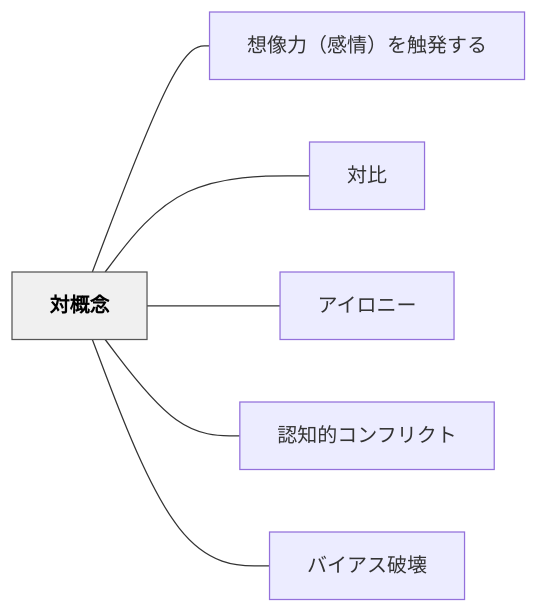
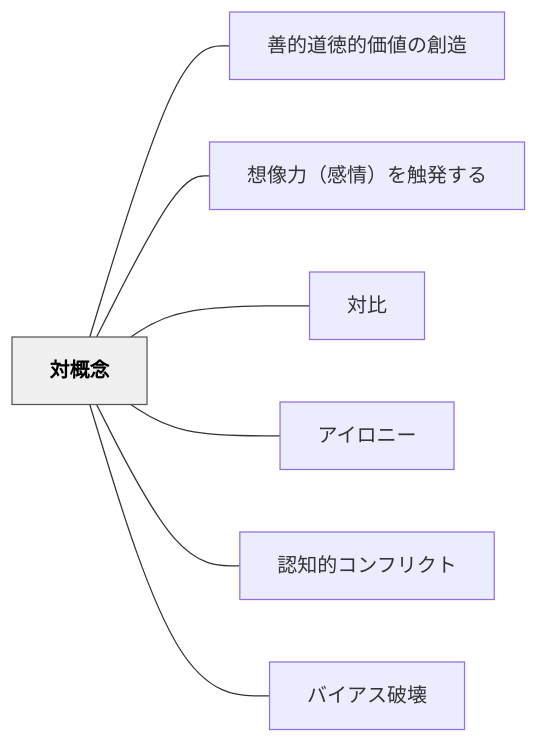
One commit to unknownthings-ed-patterns/unknownthings-ed-patterns changed the diagram in content/パタン/対概念.md. Above: the diagram before and after it, drawn with Mermaid. The commit also changed other lines of this file and 473 other files, not shown here.

````diff
--- a/content/パタン/対概念.md
+++ b/content/パタン/対概念.md
@@ -48,18 +49,20 @@
 ```mermaid
 flowchart LR
     ne5afbee6a682["対概念"]
+    ne59684e79a84["善的道徳的価値の創造"]
     ne683b3e5838f["想像力（感情）を触発する"]
     ne5afbee6af94["対比"]
     ne382a2e382a4["アイロニー"]
     ne8aa8de79fa5["認知的コンフリクト"]
     ne38390e382a4["バイアス破壊"]
 
+    ne5afbee6a682 --- ne59684e79a84
     ne5afbee6a682 --- ne683b3e5838f
     ne5afbee6a682 --- ne5afbee6af94
     ne5afbee6a682 --- ne382a2e382a4
     ne5afbee6a682 --- ne8aa8de79fa5
     ne5afbee6a682 --- ne38390e382a4
 
     classDef hub fill:#f0f0f0,stroke:#555,color:#000,font-weight:bold
     class ne5afbee6a682 hub
 ```
````
